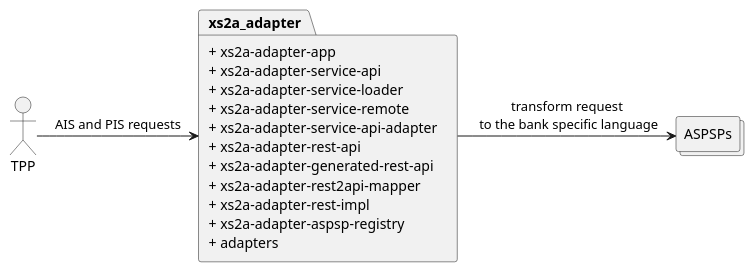
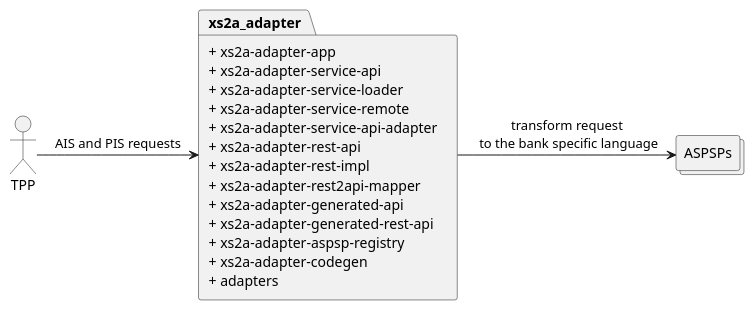
One commit to adorsys/xs2a-adapter changed the diagram in docs/arc42/puml/business-context.puml. Above: the diagram before and after it, drawn with PlantUML. The commit also changed 2 other files, not shown here.

Commit message:
update documentation and diagrams

```diff
--- a/docs/arc42/puml/business-context.puml
+++ b/docs/arc42/puml/business-context.puml
@@ -1,22 +1,24 @@
 @startuml
 actor TPP as tpp
 collections ASPSPs as banks
 
 package xs2a_adapter [
 + xs2a-adapter-app
 + xs2a-adapter-service-api
 + xs2a-adapter-service-loader
 + xs2a-adapter-service-remote
 + xs2a-adapter-service-api-adapter
 + xs2a-adapter-rest-api
++ xs2a-adapter-rest-impl
++ xs2a-adapter-rest2api-mapper
++ xs2a-adapter-generated-api
 + xs2a-adapter-generated-rest-api
-+ xs2a-adapter-rest2api-mapper
-+ xs2a-adapter-rest-impl
 + xs2a-adapter-aspsp-registry
++ xs2a-adapter-codegen
 + adapters
 ]
 
 tpp -> xs2a_adapter: AIS and PIS requests
 xs2a_adapter -> banks: transform request\n to the bank specific language
 
 @enduml
```
